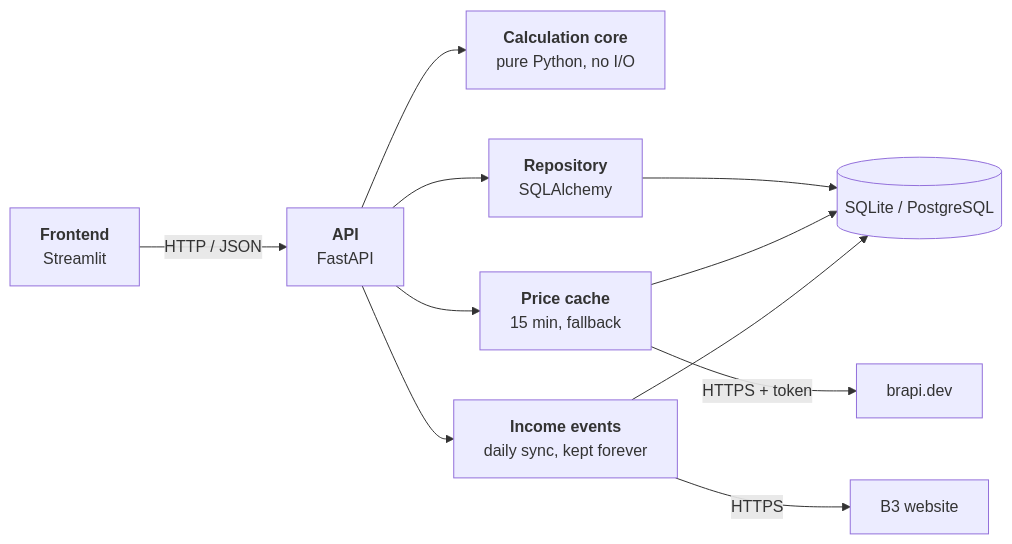
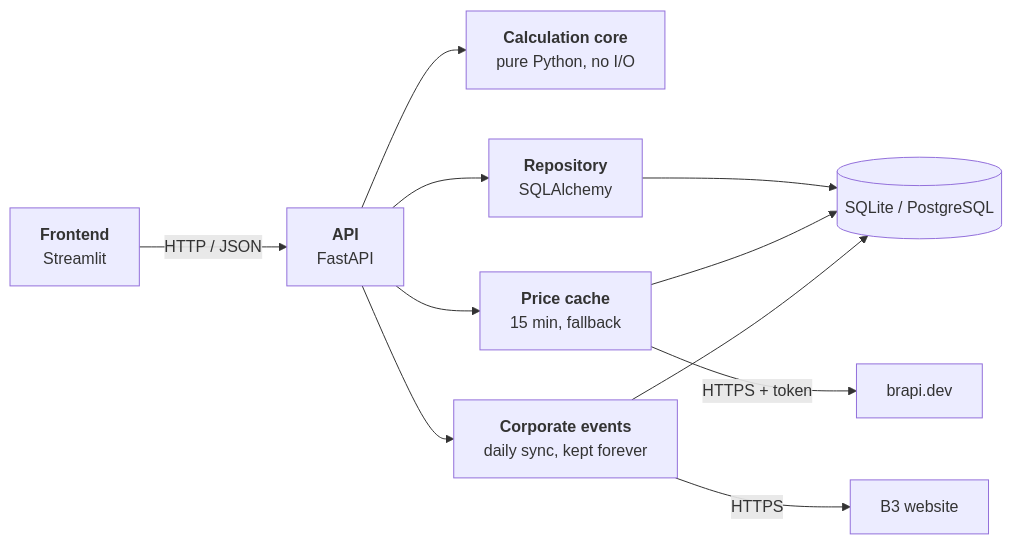
The diagram in README.md (samuel-mendes-monteiro/InvestTrack), drawn with Mermaid before and after one commit. The commit also changed other lines of this file and 19 other files, not shown here.

````diff
--- a/README.md
+++ b/README.md
@@ -38,13 +38,13 @@
 ```mermaid
 flowchart LR
     UI["<b>Frontend</b><br/>Streamlit"] -- "HTTP / JSON" --> API["<b>API</b><br/>FastAPI"]
     API --> Core["<b>Calculation core</b><br/>pure Python, no I/O"]
     API --> Repo["<b>Repository</b><br/>SQLAlchemy"]
     Repo --> DB[("SQLite / PostgreSQL")]
     API --> Prices["<b>Price cache</b><br/>15 min, fallback"]
     Prices -- "HTTPS + token" --> Brapi["brapi.dev"]
     Prices --> DB
-    API --> Events["<b>Income events</b><br/>daily sync, kept forever"]
+    API --> Events["<b>Corporate events</b><br/>daily sync, kept forever"]
     Events -- "HTTPS" --> B3["B3 website"]
     Events --> DB
 ```
````
